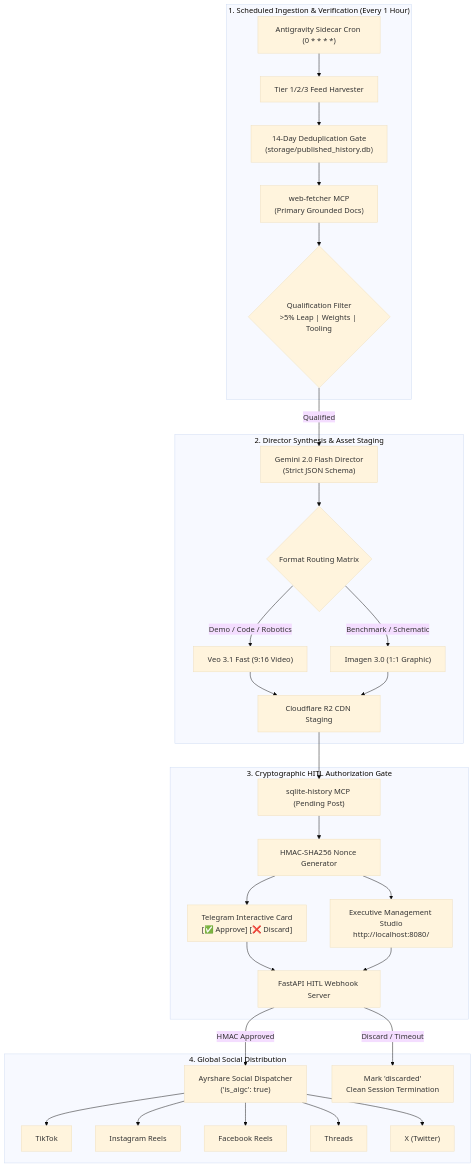
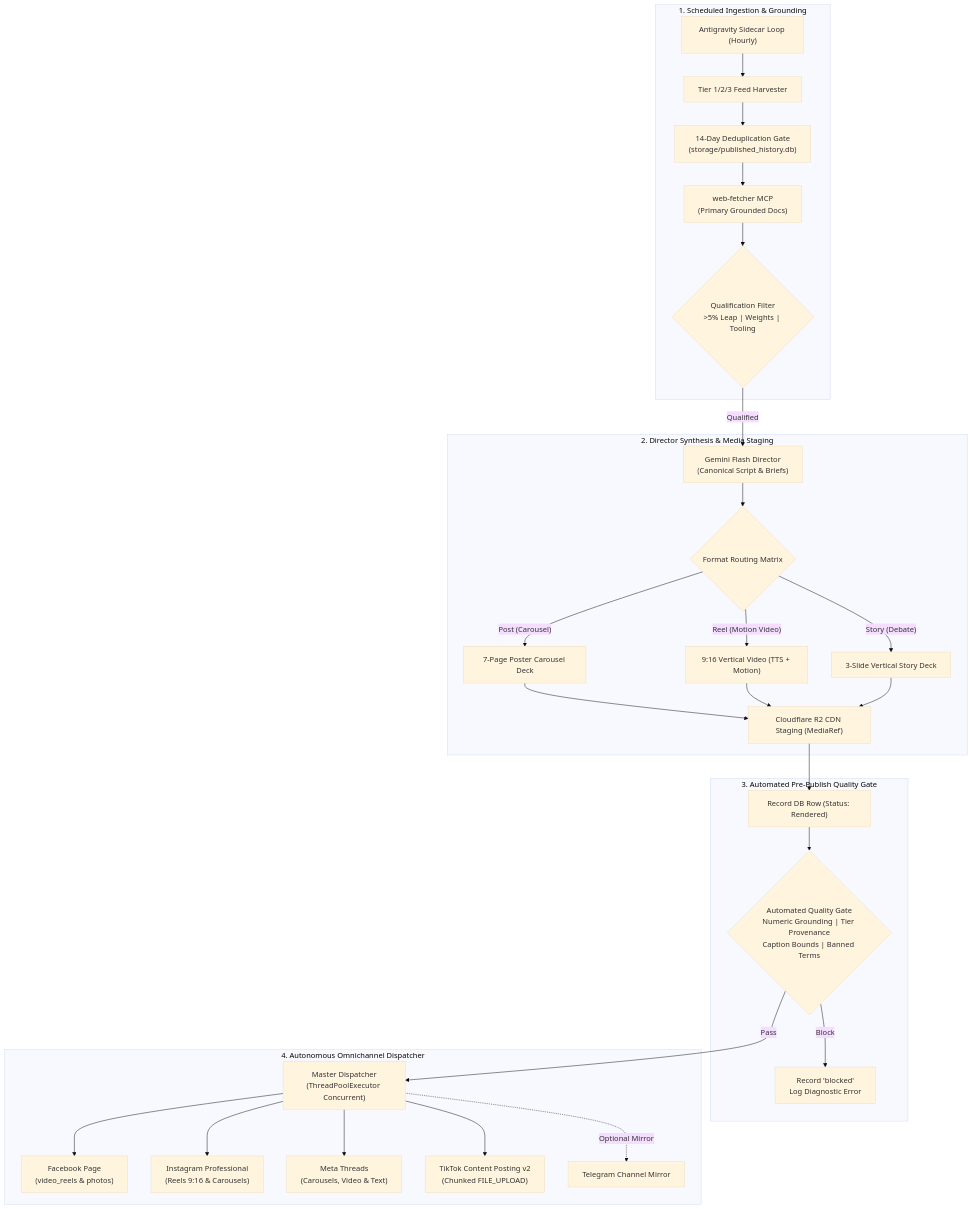
The diagram in README.md (Bashar-ml-en/AI-Tech-Broadcaster), drawn with Mermaid (base theme) before and after one commit. The commit also changed other lines of this file and 35 other files, not shown here.

````diff
--- a/README.md
+++ b/README.md
@@ -25,37 +26,35 @@
 ```mermaid
 flowchart TD
-    subgraph S1["1. Scheduled Ingestion & Verification (Every 1 Hour)"]
-        Cron["Antigravity Sidecar Cron (0 * * * *)"] --> Harvest["Tier 1/2/3 Feed Harvester"]
+    subgraph S1["1. Scheduled Ingestion & Grounding"]
+        Cron["Antigravity Sidecar Loop (Hourly)"] --> Harvest["Tier 1/2/3 Feed Harvester"]
         Harvest --> Dedup["14-Day Deduplication Gate<br/>(storage/published_history.db)"]
         Dedup --> Fetcher["web-fetcher MCP<br/>(Primary Grounded Docs)"]
         Fetcher --> Qualify{"Qualification Filter<br/>>5% Leap | Weights | Tooling"}
     end
 
-    subgraph S2["2. Director Synthesis & Asset Staging"]
-        Qualify -- Qualified --> Director["Gemini 2.0 Flash Director<br/>(Strict JSON Schema)"]
+    subgraph S2["2. Director Synthesis & Media Staging"]
+        Qualify -- Qualified --> Director["Gemini Flash Director<br/>(Canonical Script & Briefs)"]
         Director --> Routing{"Format Routing Matrix"}
-        Routing -- "Demo / Code / Robotics" --> Veo["Veo 3.1 Fast (9:16 Video)"]
-        Routing -- "Benchmark / Schematic" --> Imagen["Imagen 3.0 (1:1 Graphic)"]
-        Veo --> Stager["Cloudflare R2 CDN Staging"]
-        Imagen --> Stager
+        Routing -- "Post (Carousel)" --> Deck["7-Page Poster Carousel Deck"]
+        Routing -- "Reel (Motion Video)" --> Vid["9:16 Vertical Video (TTS + Motion)"]
+        Routing -- "Story (Debate)" --> StoryDeck["3-Slide Vertical Story Deck"]
+        Deck --> Stager["Cloudflare R2 CDN Staging (MediaRef)"]
+        Vid --> Stager
+        StoryDeck --> Stager
     end
 
-    subgraph S3["3. Cryptographic HITL Authorization Gate"]
-        Stager --> DBLog["sqlite-history MCP (Pending Post)"]
-        DBLog --> HMAC["HMAC-SHA256 Nonce Generator"]
-        HMAC --> TG["Telegram Interactive Card<br/>[✅ Approve] [❌ Discard]"]
-        HMAC --> Studio["Executive Management Studio<br/>http://localhost:8080/"]
-        TG --> Webhook["FastAPI HITL Webhook Server"]
-        Studio --> Webhook
+    subgraph S3["3. Automated Pre-Publish Quality Gate"]
+        Stager --> DBLog["Record DB Row (Status: Rendered)"]
+        DBLog --> Gate{"Automated Quality Gate<br/>Numeric Grounding | Tier Provenance<br/>Caption Bounds | Banned Terms"}
+        Gate -- "Block" --> Block["Record 'blocked'<br/>Log Diagnostic Error"]
     end
 
-    subgraph S4["4. Global Social Distribution"]
-        Webhook -- "HMAC Approved" --> Ayrshare["Ayrshare Social Dispatcher<br/>('is_aigc': true)"]
-        Ayrshare --> TT["TikTok"]
-        Ayrshare --> IG["Instagram Reels"]
-        Ayrshare --> FB["Facebook Reels"]
-        Ayrshare --> TH["Threads"]
-        Ayrshare --> X["X (Twitter)"]
-        Webhook -- "Discard / Timeout" --> Discard["Mark 'discarded'<br/>Clean Session Termination"]
+    subgraph S4["4. Autonomous Omnichannel Dispatcher"]
+        Gate -- "Pass" --> Dispatcher["Master Dispatcher<br/>(ThreadPoolExecutor Concurrent)"]
+        Dispatcher --> FB["Facebook Page<br/>(video_reels & photos)"]
+        Dispatcher --> IG["Instagram Professional<br/>(Reels 9:16 & Carousels)"]
+        Dispatcher --> TH["Meta Threads<br/>(Carousels, Video & Text)"]
+        Dispatcher --> TT["TikTok Content Posting v2<br/>(Chunked FILE_UPLOAD)"]
+        Dispatcher -. Optional Mirror .-> TG["Telegram Channel Mirror"]
     end
 ```
````
